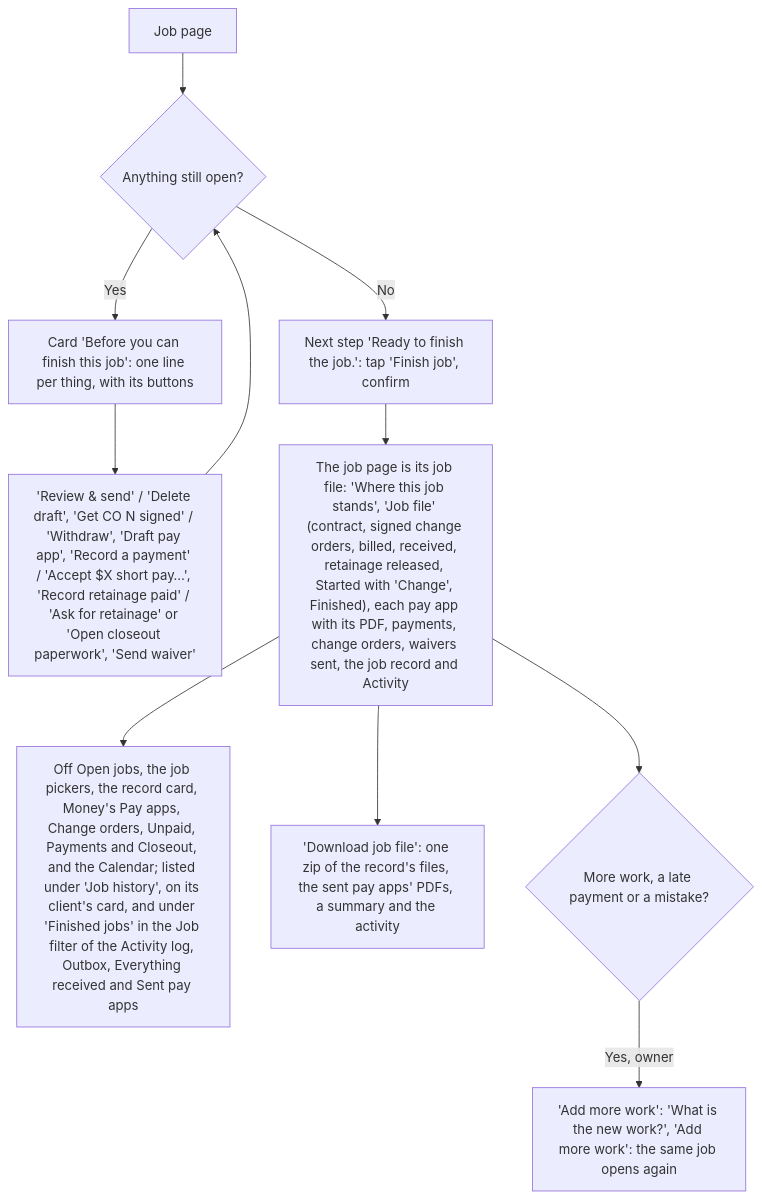
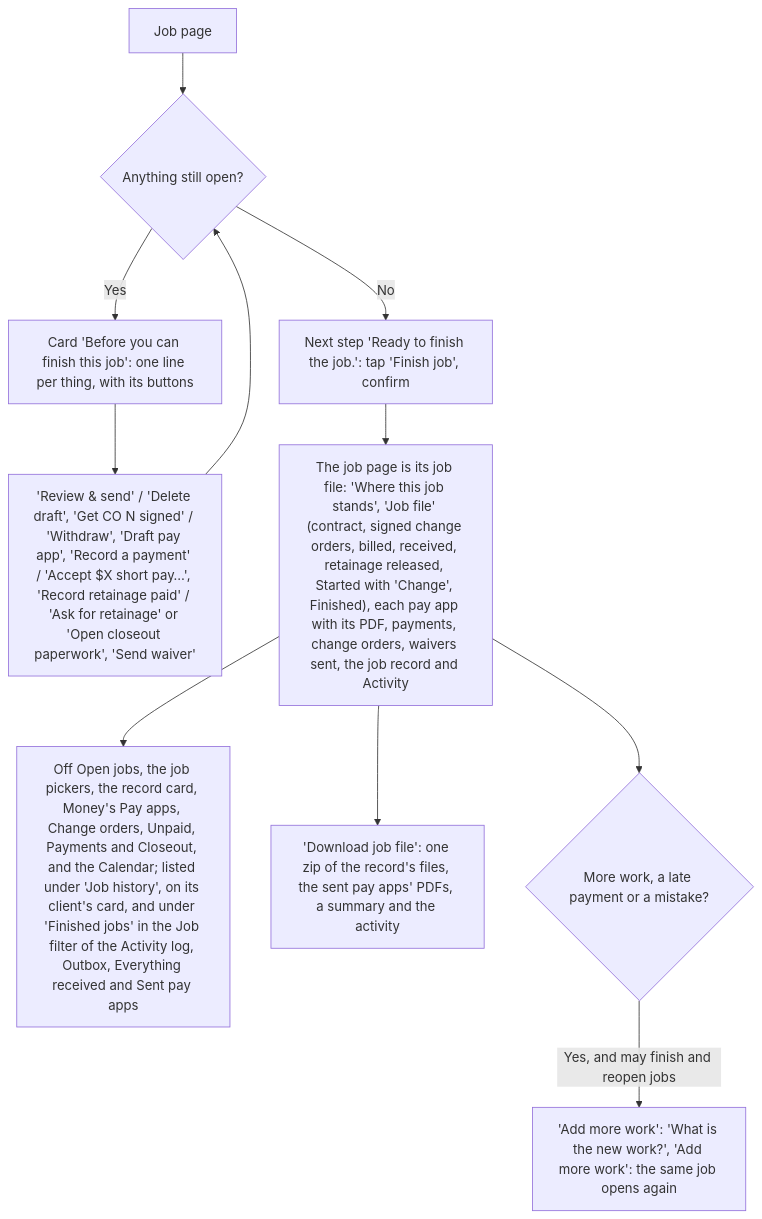
Diagram 13 of 16 in docs/client-flows.md (cartwrightstephen/billdable), drawn with Mermaid before and after one commit. The commit also changed other lines of this file and 12 other files, not shown here.

Commit message:
Buttons follow the person's permissions as the server checks them: Add more work, Delete client, new web addresses, QuickBooks, Download everything and the Billing link

````diff
--- a/docs/client-flows.md
+++ b/docs/client-flows.md
@@ -497,13 +497,13 @@
 ```mermaid
 flowchart TD
     A["Job page"] --> B{"Anything still open?"}
     B -->|"Yes"| C["Card 'Before you can finish this job': one line per thing, with its buttons"]
     C --> D["'Review & send' / 'Delete draft', 'Get CO N signed' / 'Withdraw', 'Draft pay app', 'Record a payment' / 'Accept $X short pay…', 'Record retainage paid' / 'Ask for retainage' or 'Open closeout paperwork', 'Send waiver'"]
     D --> B
     B -->|"No"| E["Next step 'Ready to finish the job.': tap 'Finish job', confirm"]
     E --> F["The job page is its job file: 'Where this job stands', 'Job file' (contract, signed change orders, billed, received, retainage released, Started with 'Change', Finished), each pay app with its PDF, payments, change orders, waivers sent, the job record and Activity"]
     F --> G["Off Open jobs, the job pickers, the record card, Money's Pay apps, Change orders, Unpaid, Payments and Closeout, and the Calendar; listed under 'Job history', on its client's card, and under 'Finished jobs' in the Job filter of the Activity log, Outbox, Everything received and Sent pay apps"]
     F --> DL["'Download job file': one zip of the record's files, the sent pay apps' PDFs, a summary and the activity"]
     F --> H{"More work, a late payment or a mistake?"}
-    H -->|"Yes, owner"| I["'Add more work': 'What is the new work?', 'Add more work': the same job opens again"]
+    H -->|"Yes, and may finish and reopen jobs"| I["'Add more work': 'What is the new work?', 'Add more work': the same job opens again"]
 ```
````
